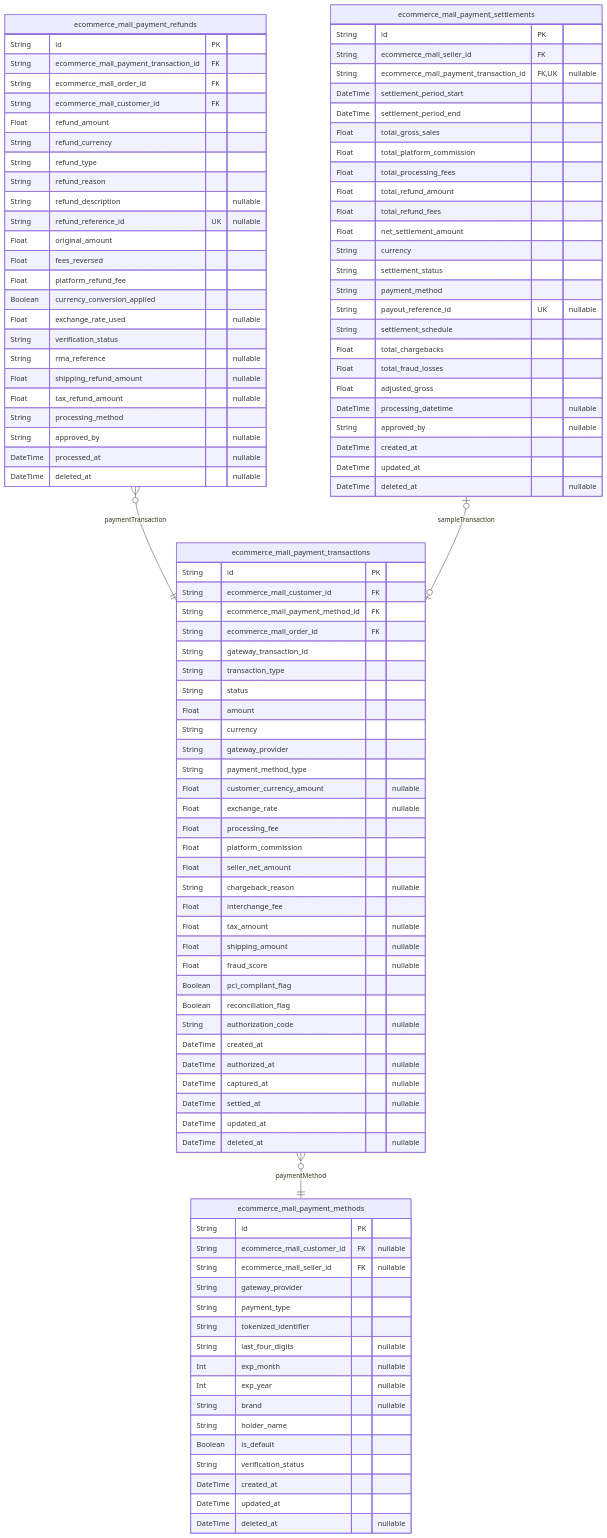
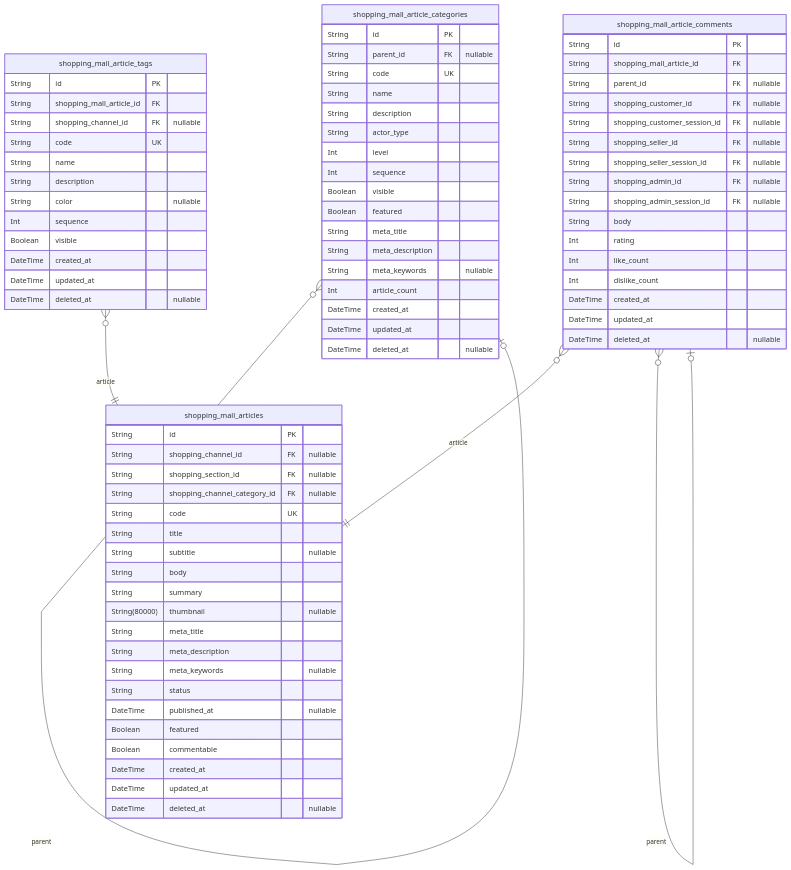
One commit to wrtnlabs/autobe-examples changed the ninth of 12 diagrams in moonshotai/kimi-k2-0905-exacto/shopping/docs/ERD.md. Above: the diagram before and after it, drawn with Mermaid. The commit also changed other lines of this file and 7173 other files, not shown here.

````diff
--- a/moonshotai/kimi-k2-0905-exacto/shopping/docs/ERD.md
+++ b/moonshotai/kimi-k2-0905-exacto/shopping/docs/ERD.md
@@ -2037,107 +3333,80 @@
 ```mermaid
 erDiagram
-"ecommerce_mall_payment_methods" {
+"shopping_mall_articles" {
   String id PK
-  String ecommerce_mall_customer_id FK "nullable"
-  String ecommerce_mall_seller_id FK "nullable"
-  String gateway_provider
-  String payment_type
-  String tokenized_identifier
-  String last_four_digits "nullable"
-  Int exp_month "nullable"
-  Int exp_year "nullable"
-  String brand "nullable"
-  String holder_name
-  Boolean is_default
-  String verification_status
+  String shopping_channel_id FK "nullable"
+  String shopping_section_id FK "nullable"
+  String shopping_channel_category_id FK "nullable"
+  String code UK
+  String title
+  String subtitle "nullable"
+  String body
+  String summary
+  String(80000) thumbnail "nullable"
+  String meta_title
+  String meta_description
+  String meta_keywords "nullable"
+  String status
+  DateTime published_at "nullable"
+  Boolean featured
+  Boolean commentable
   DateTime created_at
   DateTime updated_at
   DateTime deleted_at "nullable"
 }
-"ecommerce_mall_payment_transactions" {
+"shopping_mall_article_categories" {
   String id PK
-  String ecommerce_mall_customer_id FK
-  String ecommerce_mall_payment_method_id FK
-  String ecommerce_mall_order_id FK
-  String gateway_transaction_id
-  String transaction_type
-  String status
-  Float amount
-  String currency
-  String gateway_provider
-  String payment_method_type
-  Float customer_currency_amount "nullable"
-  Float exchange_rate "nullable"
-  Float processing_fee
-  Float platform_commission
-  Float seller_net_amount
-  String chargeback_reason "nullable"
-  Float interchange_fee
-  Float tax_amount "nullable"
-  Float shipping_amount "nullable"
-  Float fraud_score "nullable"
-  Boolean pci_compliant_flag
-  Boolean reconciliation_flag
-  String authorization_code "nullable"
-  DateTime created_at
-  DateTime authorized_at "nullable"
-  DateTime captured_at "nullable"
-  DateTime settled_at "nullable"
-  DateTime updated_at
-  DateTime deleted_at "nullable"
-}
-"ecommerce_mall_payment_refunds" {
-  String id PK
-  String ecommerce_mall_payment_transaction_id FK
-  String ecommerce_mall_order_id FK
-  String ecommerce_mall_customer_id FK
-  Float refund_amount
-  String refund_currency
-  String refund_type
-  String refund_reason
-  String refund_description "nullable"
-  String refund_reference_id UK "nullable"
-  Float original_amount
-  Float fees_reversed
-  Float platform_refund_fee
-  Boolean currency_conversion_applied
-  Float exchange_rate_used "nullable"
-  String verification_status
-  String rma_reference "nullable"
-  Float shipping_refund_amount "nullable"
-  Float tax_refund_amount "nullable"
-  String processing_method
-  String approved_by "nullable"
-  DateTime processed_at "nullable"
-  DateTime deleted_at "nullable"
-}
-"ecommerce_mall_payment_settlements" {
-  String id PK
-  String ecommerce_mall_seller_id FK
-  String ecommerce_mall_payment_transaction_id FK,UK "nullable"
-  DateTime settlement_period_start
-  DateTime settlement_period_end
-  Float total_gross_sales
-  Float total_platform_commission
-  Float total_processing_fees
-  Float total_refund_amount
-  Float total_refund_fees
-  Float net_settlement_amount
-  String currency
-  String settlement_status
-  String payment_method
-  String payout_reference_id UK "nullable"
-  String settlement_schedule
-  Float total_chargebacks
-  Float total_fraud_losses
-  Float adjusted_gross
-  DateTime processing_datetime "nullable"
-  String approved_by "nullable"
+  String parent_id FK "nullable"
+  String code UK
+  String name
+  String description
+  String actor_type
+  Int level
+  Int sequence
+  Boolean visible
+  Boolean featured
+  String meta_title
+  String meta_description
+  String meta_keywords "nullable"
+  Int article_count
   DateTime created_at
   DateTime updated_at
   DateTime deleted_at "nullable"
 }
-"ecommerce_mall_payment_transactions" }o--|| "ecommerce_mall_payment_methods" : paymentMethod
-"ecommerce_mall_payment_refunds" }o--|| "ecommerce_mall_payment_transactions" : paymentTransaction
-"ecommerce_mall_payment_settlements" |o--o| "ecommerce_mall_payment_transactions" : sampleTransaction
+"shopping_mall_article_comments" {
+  String id PK
+  String shopping_mall_article_id FK
+  String parent_id FK "nullable"
+  String shopping_customer_id FK "nullable"
+  String shopping_customer_session_id FK "nullable"
+  String shopping_seller_id FK "nullable"
+  String shopping_seller_session_id FK "nullable"
+  String shopping_admin_id FK "nullable"
+  String shopping_admin_session_id FK "nullable"
+  String body
+  Int rating
+  Int like_count
+  Int dislike_count
+  DateTime created_at
+  DateTime updated_at
+  DateTime deleted_at "nullable"
+}
+"shopping_mall_article_tags" {
+  String id PK
+  String shopping_mall_article_id FK
+  String shopping_channel_id FK "nullable"
+  String code UK
+  String name
+  String description
+  String color "nullable"
+  Int sequence
+  Boolean visible
+  DateTime created_at
+  DateTime updated_at
+  DateTime deleted_at "nullable"
+}
+"shopping_mall_article_categories" }o--o| "shopping_mall_article_categories" : parent
+"shopping_mall_article_comments" }o--|| "shopping_mall_articles" : article
+"shopping_mall_article_comments" }o--o| "shopping_mall_article_comments" : parent
+"shopping_mall_article_tags" }o--|| "shopping_mall_articles" : article
 ```
````
